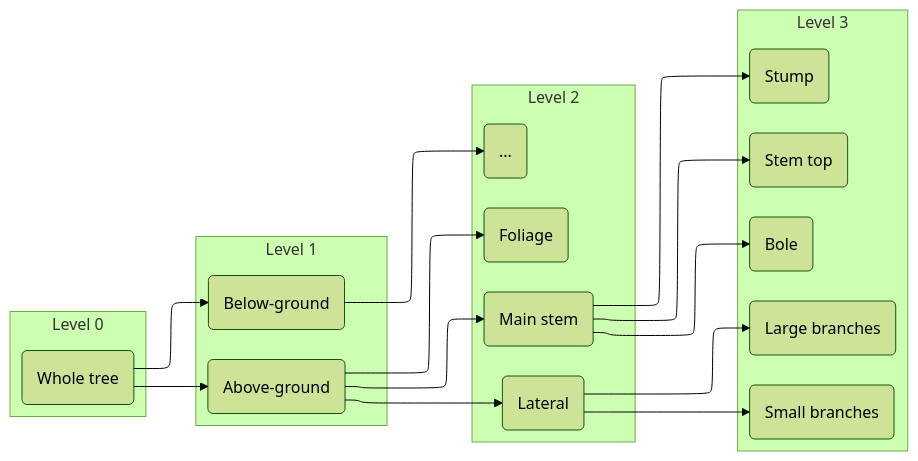
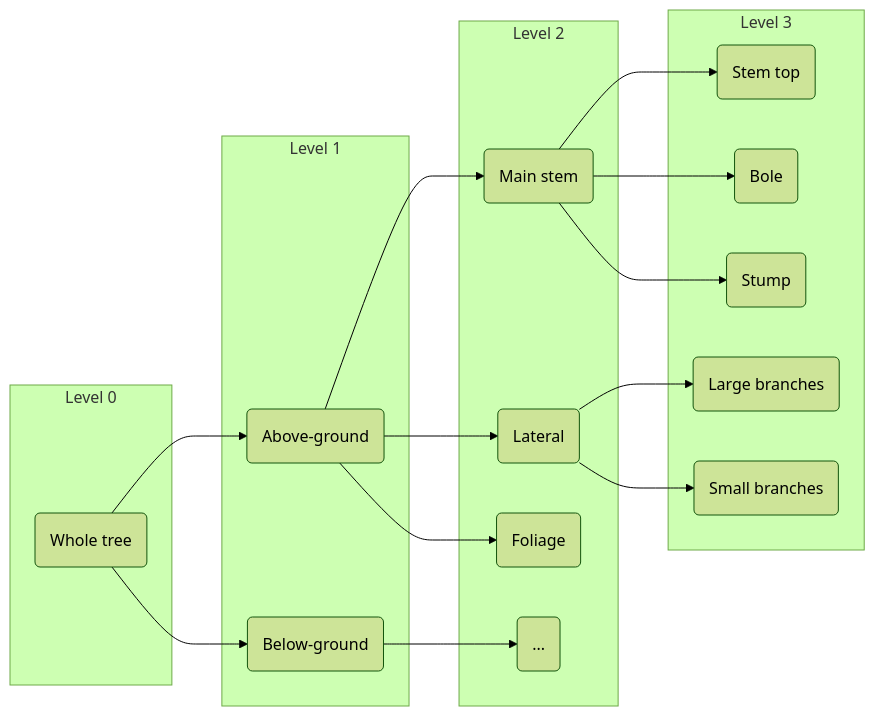
The diagram in code/01_prepare_data.qmd (amael-ls/emerge), drawn with Mermaid (forest theme) before and after one commit. The commit also changed other lines of this file, not shown here.

````diff
--- a/code/01_prepare_data.qmd
+++ b/code/01_prepare_data.qmd
@@ -67,30 +67,30 @@
 ```{mermaid}
 %%| label: fig-partition
 %%| fig-cap: Partition of a tree (inspired by @Gschwantner2009)
-%%{init: {"flowchart": {"defaultRenderer": "elk"}} }%%
+
 flowchart LR
 subgraph SUB0 [Level 0]
 	W(Whole tree)
 end
 
 subgraph SUB1 [Level 1]
 	W --> A(Above-ground)
 	W --> B(Below-ground)
 end
 
 subgraph SUB2 [Level 2]
 	A --> M(Main stem)
 	A --> L(Lateral)
 	A --> F(Foliage)
 
 	B --> E(...)
 end
 
 subgraph SUB3 [Level 3]
 	M --> S(Stem top)
 	M --> MB(Bole)
 	M --> MS(Stump)
 	L --> LB(Large branches)
 	L --> SB(Small branches)
 end
 ```
````
